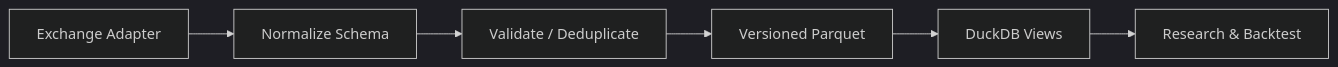
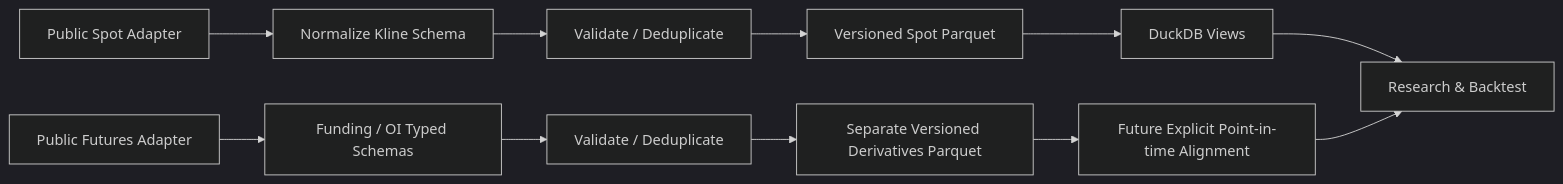
Before and after one commit to yanzhang404/QuantOS: the second of 6 diagrams in ARCHITECTURE.md, drawn with Mermaid (dark theme). The commit also changed other lines of this file and 11 other files, not shown here.

````diff
--- a/ARCHITECTURE.md
+++ b/ARCHITECTURE.md
@@ -66,8 +66,13 @@
 ```mermaid
 flowchart LR
-    E["Exchange Adapter"] --> N["Normalize Schema"]
+    E["Public Spot Adapter"] --> N["Normalize Kline Schema"]
     N --> V["Validate / Deduplicate"]
-    V --> P["Versioned Parquet"]
-    P --> D["DuckDB Views"]
-    D --> R["Research & Backtest"]
+    F["Public Futures Adapter"] --> DS["Funding / OI Typed Schemas"]
+    DS --> V2["Validate / Deduplicate"]
+    V --> P["Versioned Spot Parquet"]
+    V2 --> P2["Separate Versioned Derivatives Parquet"]
+    P --> Q["DuckDB Views"]
+    P2 --> A["Future Explicit Point-in-time Alignment"]
+    Q --> R["Research & Backtest"]
+    A --> R
 ```
````
